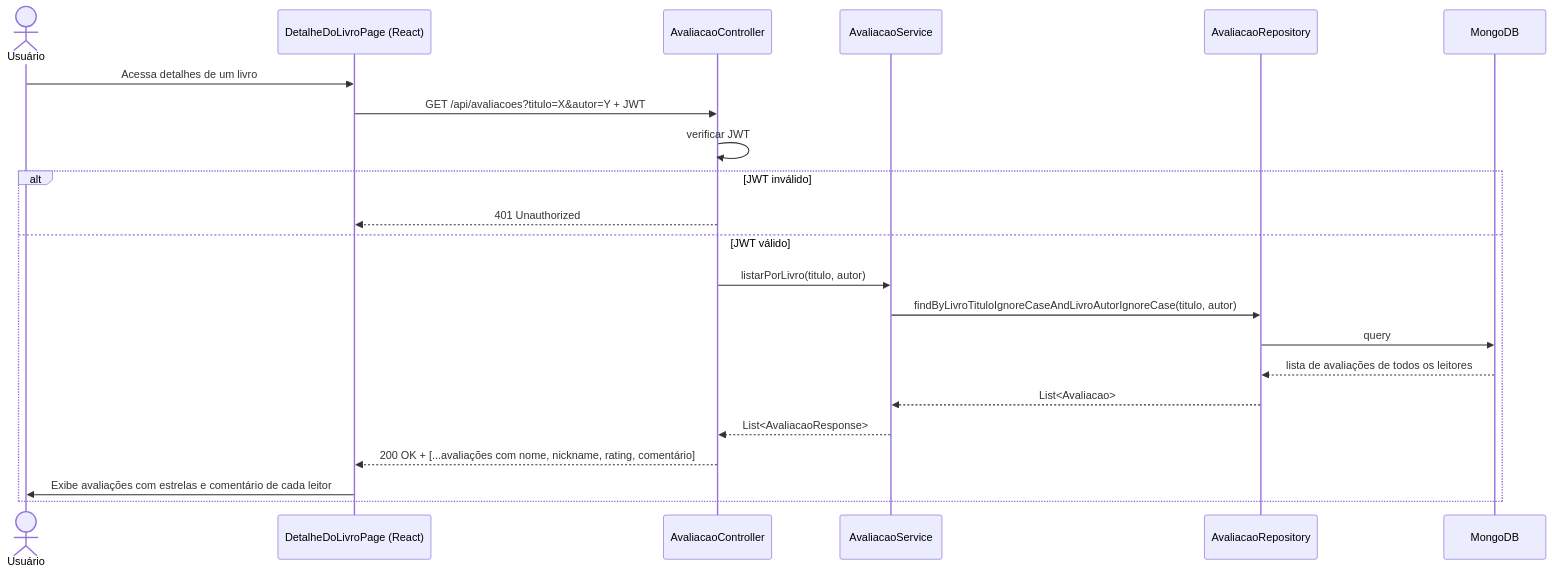
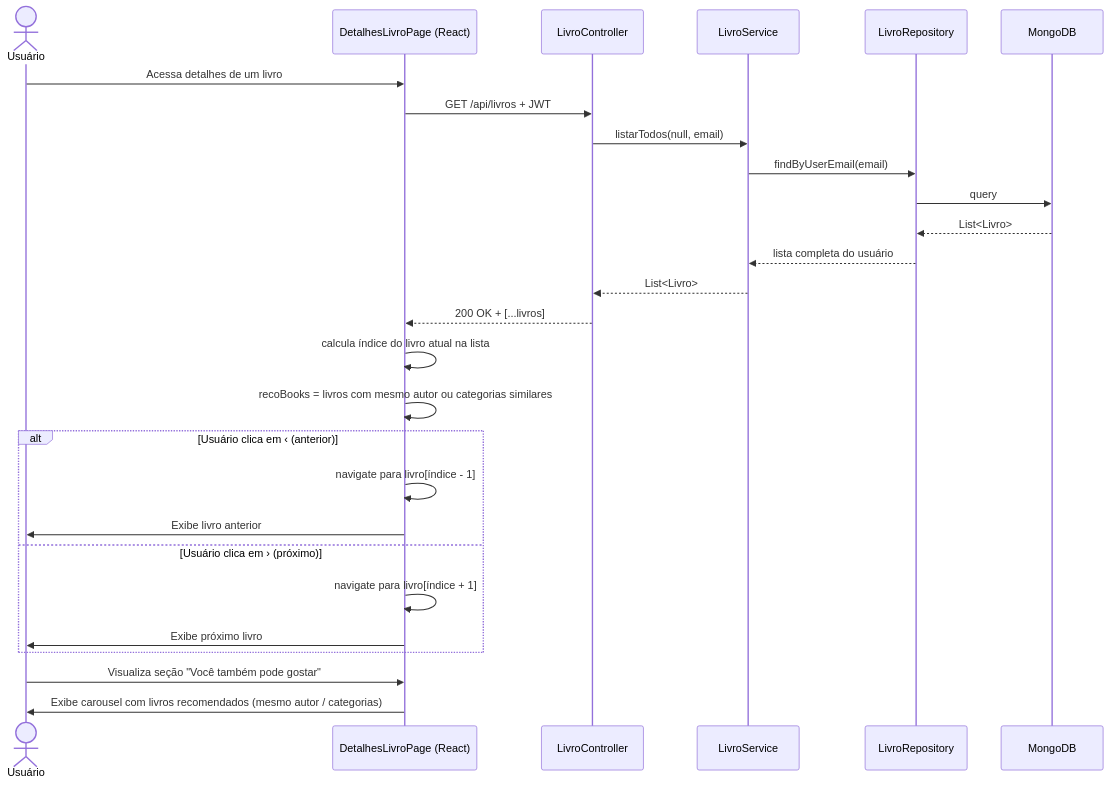
Before and after one commit to limmuz/biblioteca: diagram 18 of 20 in RTM.md, drawn with Mermaid. The commit also changed other lines of this file and 47 other files, not shown here.

````diff
--- a/RTM.md
+++ b/RTM.md
@@ -536,25 +644,32 @@
 ```mermaid
 sequenceDiagram
     actor U as Usuário
-    participant F as DetalheDoLivroPage (React)
-    participant C as AvaliacaoController
-    participant S as AvaliacaoService
-    participant R as AvaliacaoRepository
+    participant F as DetalhesLivroPage (React)
+    participant L as LivroController
+    participant S as LivroService
+    participant R as LivroRepository
     participant M as MongoDB
 
     U->>F: Acessa detalhes de um livro
-    F->>C: GET /api/avaliacoes?titulo=X&autor=Y + JWT
-    C->>C: verificar JWT
-    alt JWT inválido
-        C-->>F: 401 Unauthorized
-    else JWT válido
-        C->>S: listarPorLivro(titulo, autor)
-        S->>R: findByLivroTituloIgnoreCaseAndLivroAutorIgnoreCase(titulo, autor)
-        R->>M: query
-        M-->>R: lista de avaliações de todos os leitores
-        R-->>S: List<Avaliacao>
-        S-->>C: List<AvaliacaoResponse>
-        C-->>F: 200 OK + [...avaliações com nome, nickname, rating, comentário]
-        F->>U: Exibe avaliações com estrelas e comentário de cada leitor
+    F->>L: GET /api/livros + JWT
+    L->>S: listarTodos(null, email)
+    S->>R: findByUserEmail(email)
+    R->>M: query
+    M-->>R: List<Livro>
+    R-->>S: lista completa do usuário
+    S-->>L: List<Livro>
+    L-->>F: 200 OK + [...livros]
+    F->>F: calcula índice do livro atual na lista
+    F->>F: recoBooks = livros com mesmo autor ou categorias similares
+
+    alt Usuário clica em ‹ (anterior)
+        F->>F: navigate para livro[índice - 1]
+        F->>U: Exibe livro anterior
+    else Usuário clica em › (próximo)
+        F->>F: navigate para livro[índice + 1]
+        F->>U: Exibe próximo livro
     end
+
+    U->>F: Visualiza seção "Você também pode gostar"
+    F->>U: Exibe carousel com livros recomendados (mesmo autor / categorias)
 ```
````
